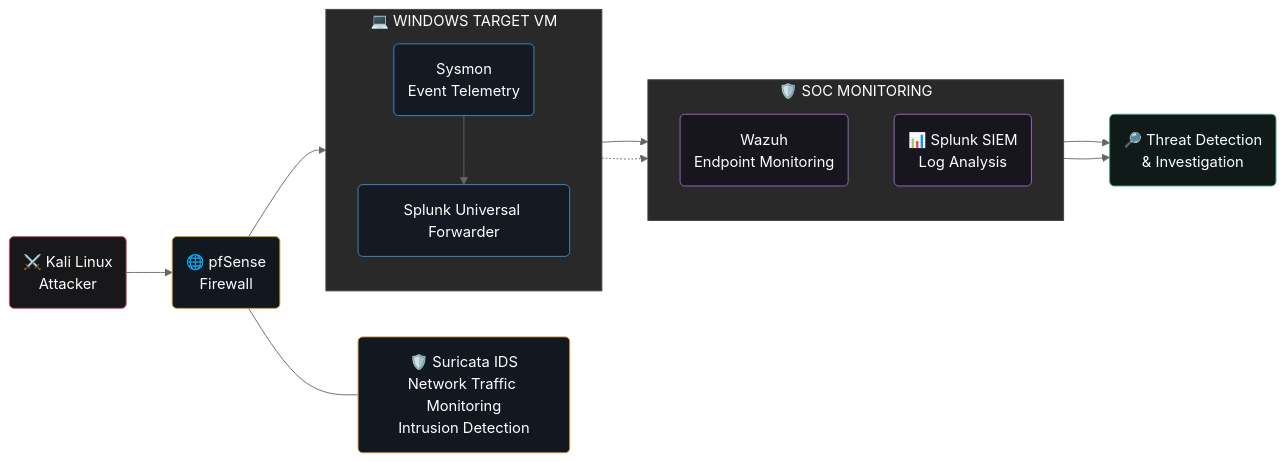
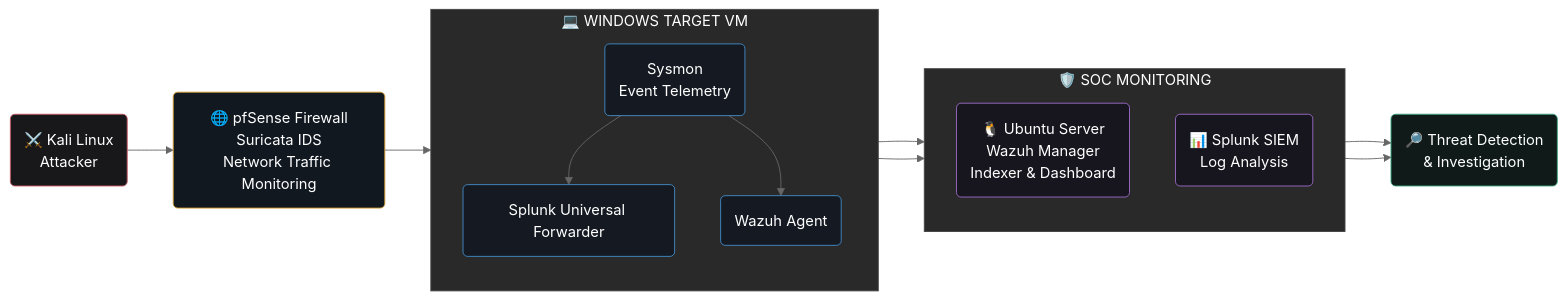
Before and after one commit to KAKishore/KAKishore: the diagram in README.md, drawn with Mermaid (neutral theme). The commit also changed other lines of this file, not shown here.

Commit message:
Refine SOC lab architecture diagram

````diff
--- a/README.md
+++ b/README.md
@@ -133,44 +134,44 @@
 ```mermaid
 flowchart LR
     K("⚔️ Kali Linux<br/>Attacker")
-    P("🌐 pfSense<br/>Firewall")
-    N("🛡️ Suricata IDS<br/>Network Traffic Monitoring<br/>Intrusion Detection")
+    P("🌐 pfSense Firewall<br/>Suricata IDS<br/>Network Traffic Monitoring")
 
     subgraph WIN["💻 WINDOWS TARGET VM"]
         direction TB
         S("Sysmon<br/>Event Telemetry")
         U("Splunk Universal Forwarder")
+        WA("Wazuh Agent")
         S --> U
+        S --> WA
     end
 
     subgraph SOC["🛡️ SOC MONITORING"]
         direction TB
-        Z("Wazuh<br/>Endpoint Monitoring")
+        Z("🐧 Ubuntu Server<br/>Wazuh Manager<br/>Indexer & Dashboard")
         SI("📊 Splunk SIEM<br/>Log Analysis")
     end
 
     I("🔎 Threat Detection<br/>& Investigation")
 
     K --> P
     P --> S
-    P --- N
     U --> SI
-    S -.-> Z
+    WA --> Z
     SI --> I
     Z --> I
 
     classDef attacker fill:#18181B,stroke:#C65B65,color:#FFFFFF,stroke-width:1px
     classDef firewall fill:#111820,stroke:#D59A32,color:#FFFFFF,stroke-width:1px
     classDef endpoint fill:#151A22,stroke:#438BC6,color:#FFFFFF,stroke-width:1px
     classDef monitoring fill:#17151E,stroke:#9B6BC7,color:#FFFFFF,stroke-width:1px
     classDef investigation fill:#101B19,stroke:#3CA783,color:#FFFFFF,stroke-width:1px
 
     class K attacker
-    class P,N firewall
-    class S,U endpoint
+    class P firewall
+    class S,U,WA endpoint
     class SI,Z monitoring
     class I investigation
 
     style WIN fill:#292929,stroke:#444444,color:#FFFFFF
     style SOC fill:#292929,stroke:#444444,color:#FFFFFF
 ```
````
